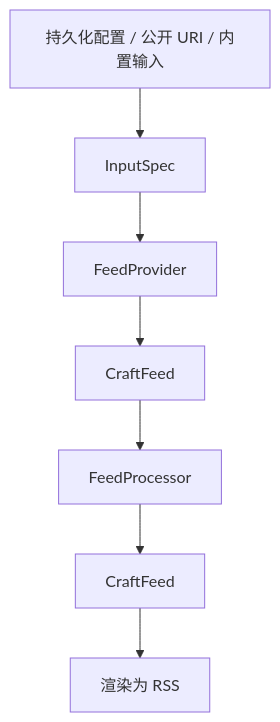
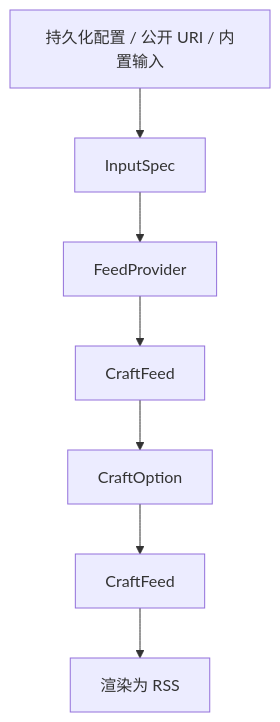
The fourth of 4 diagrams in spec/feed_runtime_core_concepts.md (Colin-XKL/FeedCraft), drawn with Mermaid before and after one commit. The commit also changed other lines of this file and 6 other files, not shown here.

````diff
--- a/spec/feed_runtime_core_concepts.md
+++ b/spec/feed_runtime_core_concepts.md
@@ -301,9 +301,9 @@
 ```mermaid
 flowchart TD
     A[持久化配置 / 公开 URI / 内置输入] --> B[InputSpec]
     B --> C[FeedProvider]
     C --> D[CraftFeed]
-    D --> E[FeedProcessor]
+    D --> E[CraftOption]
     E --> F[CraftFeed]
     F --> G[渲染为 RSS]
 ```
````
